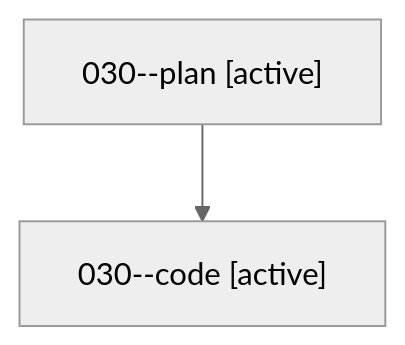
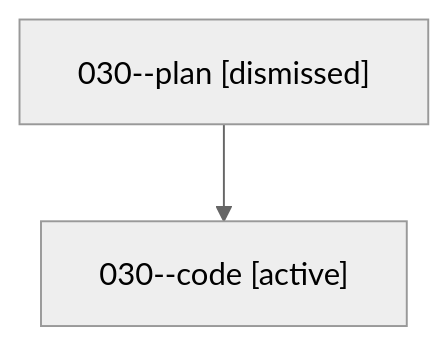
Before and after one commit to sase-org/sase--agents: the diagram in families/bbugyi200.athena.030.md, drawn with Mermaid (neutral theme). The commit also changed other lines of this file and 120 other files, not shown here.

````diff
--- a/families/bbugyi200.athena.030.md
+++ b/families/bbugyi200.athena.030.md
@@ -9,6 +9,6 @@
 ```mermaid
 flowchart TD
-  n0["030--plan [active]"]
+  n0["030--plan [dismissed]"]
   n1["030--code [active]"]
   n0 --> n1
 ```
````
